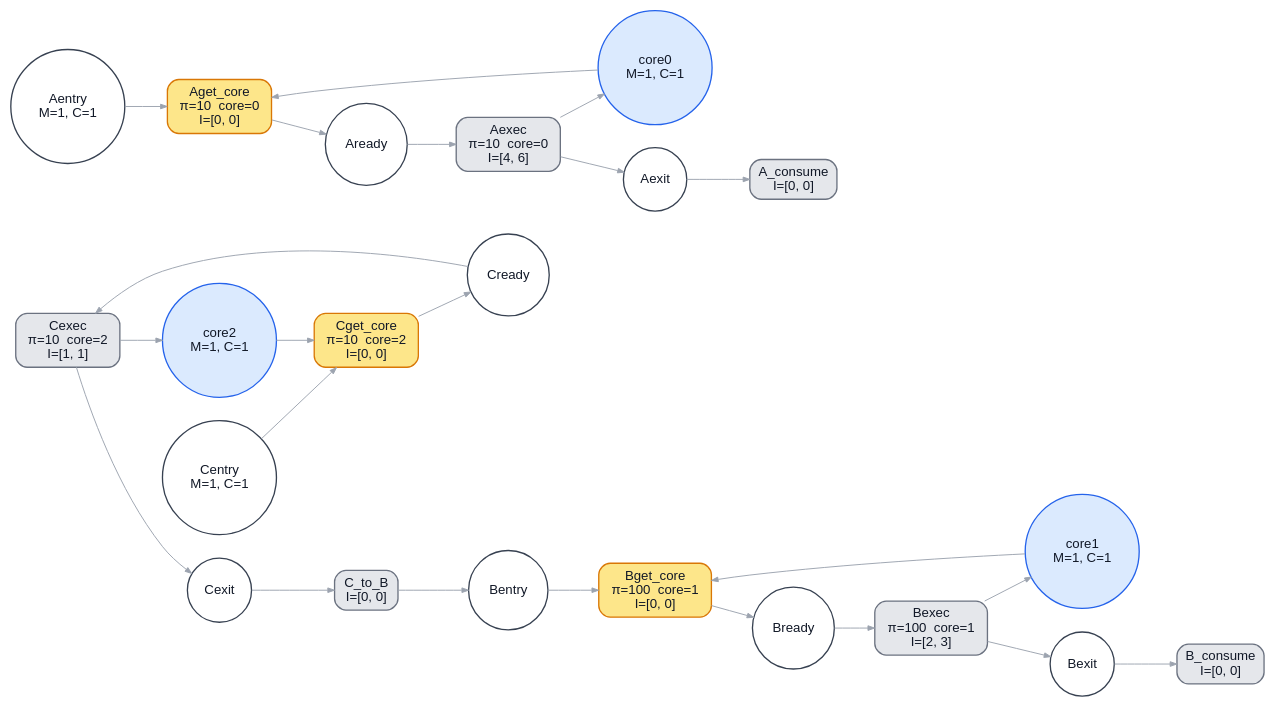
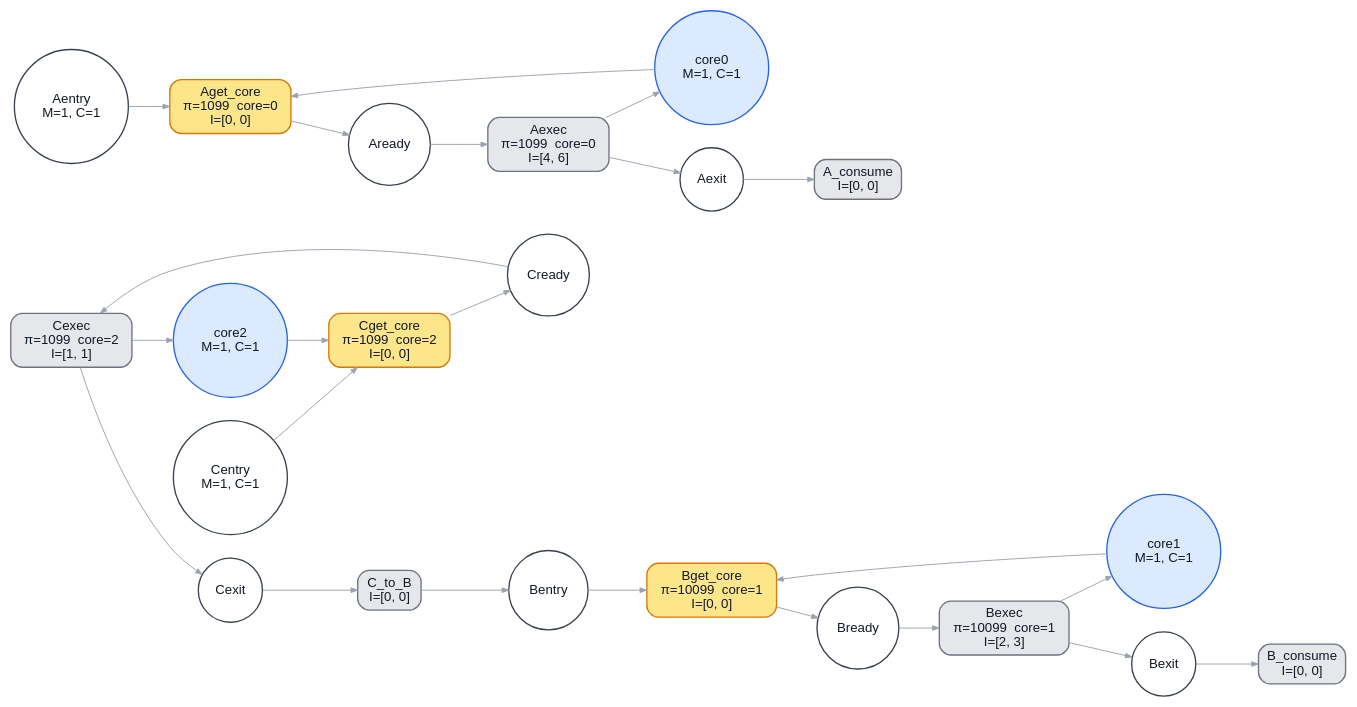
The diagram in example/bench/multicore_no_preemption/ptpn.dot (kevindadi/PPTPN), drawn with Graphviz before and after one commit. The commit also changed 26 other files, not shown here.

```diff
--- a/example/bench/multicore_no_preemption/ptpn.dot
+++ b/example/bench/multicore_no_preemption/ptpn.dot
@@ -1,48 +1,48 @@
 digraph G {
 graph [rankdir=LR, fontname="Helvetica", nodesep=0.35, ranksep=0.55, bgcolor="white"];
 node [fontname="Helvetica", margin=0.08, style="filled,rounded", fontcolor="#111827"];
 edge [fontname="Helvetica", color="#9ca3af", arrowsize=0.7];
 "Bentry" [label="Bentry", shape="circle", style="filled,rounded", fillcolor="#ffffff", color="#374151", fontcolor="#111827", penwidth="1.4"];
 "Bready" [label="Bready", shape="circle", style="filled,rounded", fillcolor="#ffffff", color="#374151", fontcolor="#111827", penwidth="1.4"];
 "Bexit" [label="Bexit", shape="circle", style="filled,rounded", fillcolor="#ffffff", color="#374151", fontcolor="#111827", penwidth="1.4"];
 "Centry" [label="Centry\nM=1, C=1", shape="circle", style="filled,rounded", fillcolor="#ffffff", color="#374151", fontcolor="#111827", penwidth="1.4"];
 "Cready" [label="Cready", shape="circle", style="filled,rounded", fillcolor="#ffffff", color="#374151", fontcolor="#111827", penwidth="1.4"];
 "Cexit" [label="Cexit", shape="circle", style="filled,rounded", fillcolor="#ffffff", color="#374151", fontcolor="#111827", penwidth="1.4"];
 "Aentry" [label="Aentry\nM=1, C=1", shape="circle", style="filled,rounded", fillcolor="#ffffff", color="#374151", fontcolor="#111827", penwidth="1.4"];
 "Aready" [label="Aready", shape="circle", style="filled,rounded", fillcolor="#ffffff", color="#374151", fontcolor="#111827", penwidth="1.4"];
 "Aexit" [label="Aexit", shape="circle", style="filled,rounded", fillcolor="#ffffff", color="#374151", fontcolor="#111827", penwidth="1.4"];
 "core0" [label="core0\nM=1, C=1", shape="circle", style="filled,rounded", fillcolor="#dbeafe", color="#2563eb", fontcolor="#111827", penwidth="1.4"];
 "core1" [label="core1\nM=1, C=1", shape="circle", style="filled,rounded", fillcolor="#dbeafe", color="#2563eb", fontcolor="#111827", penwidth="1.4"];
 "core2" [label="core2\nM=1, C=1", shape="circle", style="filled,rounded", fillcolor="#dbeafe", color="#2563eb", fontcolor="#111827", penwidth="1.4"];
-"Bget_core" [label="Bget_core\nπ=100  core=1\nI=[0, 0]", shape="box", style="filled,rounded", fillcolor="#fde68a", color="#d97706", fontcolor="#111827", penwidth="1.4"];
-"Bexec" [label="Bexec\nπ=100  core=1\nI=[2, 3]", shape="box", style="filled,rounded", fillcolor="#e5e7eb", color="#6b7280", fontcolor="#111827", penwidth="1.4"];
-"Cget_core" [label="Cget_core\nπ=10  core=2\nI=[0, 0]", shape="box", style="filled,rounded", fillcolor="#fde68a", color="#d97706", fontcolor="#111827", penwidth="1.4"];
-"Cexec" [label="Cexec\nπ=10  core=2\nI=[1, 1]", shape="box", style="filled,rounded", fillcolor="#e5e7eb", color="#6b7280", fontcolor="#111827", penwidth="1.4"];
-"Aget_core" [label="Aget_core\nπ=10  core=0\nI=[0, 0]", shape="box", style="filled,rounded", fillcolor="#fde68a", color="#d97706", fontcolor="#111827", penwidth="1.4"];
-"Aexec" [label="Aexec\nπ=10  core=0\nI=[4, 6]", shape="box", style="filled,rounded", fillcolor="#e5e7eb", color="#6b7280", fontcolor="#111827", penwidth="1.4"];
+"Bget_core" [label="Bget_core\nπ=10099  core=1\nI=[0, 0]", shape="box", style="filled,rounded", fillcolor="#fde68a", color="#d97706", fontcolor="#111827", penwidth="1.4"];
+"Bexec" [label="Bexec\nπ=10099  core=1\nI=[2, 3]", shape="box", style="filled,rounded", fillcolor="#e5e7eb", color="#6b7280", fontcolor="#111827", penwidth="1.4"];
+"Cget_core" [label="Cget_core\nπ=1099  core=2\nI=[0, 0]", shape="box", style="filled,rounded", fillcolor="#fde68a", color="#d97706", fontcolor="#111827", penwidth="1.4"];
+"Cexec" [label="Cexec\nπ=1099  core=2\nI=[1, 1]", shape="box", style="filled,rounded", fillcolor="#e5e7eb", color="#6b7280", fontcolor="#111827", penwidth="1.4"];
+"Aget_core" [label="Aget_core\nπ=1099  core=0\nI=[0, 0]", shape="box", style="filled,rounded", fillcolor="#fde68a", color="#d97706", fontcolor="#111827", penwidth="1.4"];
+"Aexec" [label="Aexec\nπ=1099  core=0\nI=[4, 6]", shape="box", style="filled,rounded", fillcolor="#e5e7eb", color="#6b7280", fontcolor="#111827", penwidth="1.4"];
 "C_to_B" [label="C_to_B\nI=[0, 0]", shape="box", style="filled,rounded", fillcolor="#e5e7eb", color="#6b7280", fontcolor="#111827", penwidth="1.4"];
 "A_consume" [label="A_consume\nI=[0, 0]", shape="box", style="filled,rounded", fillcolor="#e5e7eb", color="#6b7280", fontcolor="#111827", penwidth="1.4"];
 "B_consume" [label="B_consume\nI=[0, 0]", shape="box", style="filled,rounded", fillcolor="#e5e7eb", color="#6b7280", fontcolor="#111827", penwidth="1.4"];
 "Bentry" -> "Bget_core" [label="", color="#9ca3af", penwidth="1.0"];
 "Bready" -> "Bexec" [label="", color="#9ca3af", penwidth="1.0"];
 "Bexit" -> "B_consume" [label="", color="#9ca3af", penwidth="1.0"];
 "Centry" -> "Cget_core" [label="", color="#9ca3af", penwidth="1.0"];
 "Cready" -> "Cexec" [label="", color="#9ca3af", penwidth="1.0"];
 "Cexit" -> "C_to_B" [label="", color="#9ca3af", penwidth="1.0"];
 "Aentry" -> "Aget_core" [label="", color="#9ca3af", penwidth="1.0"];
 "Aready" -> "Aexec" [label="", color="#9ca3af", penwidth="1.0"];
 "Aexit" -> "A_consume" [label="", color="#9ca3af", penwidth="1.0"];
 "core0" -> "Aget_core" [label="", color="#9ca3af", penwidth="1.0"];
 "core1" -> "Bget_core" [label="", color="#9ca3af", penwidth="1.0"];
 "core2" -> "Cget_core" [label="", color="#9ca3af", penwidth="1.0"];
 "Bget_core" -> "Bready" [label="", color="#9ca3af", penwidth="1.0"];
 "Bexec" -> "Bexit" [label="", color="#9ca3af", penwidth="1.0"];
 "Bexec" -> "core1" [label="", color="#9ca3af", penwidth="1.0"];
 "Cget_core" -> "Cready" [label="", color="#9ca3af", penwidth="1.0"];
 "Cexec" -> "Cexit" [label="", color="#9ca3af", penwidth="1.0"];
 "Cexec" -> "core2" [label="", color="#9ca3af", penwidth="1.0"];
 "Aget_core" -> "Aready" [label="", color="#9ca3af", penwidth="1.0"];
 "Aexec" -> "Aexit" [label="", color="#9ca3af", penwidth="1.0"];
 "Aexec" -> "core0" [label="", color="#9ca3af", penwidth="1.0"];
 "C_to_B" -> "Bentry" [label="", color="#9ca3af", penwidth="1.0"];
 }
```
